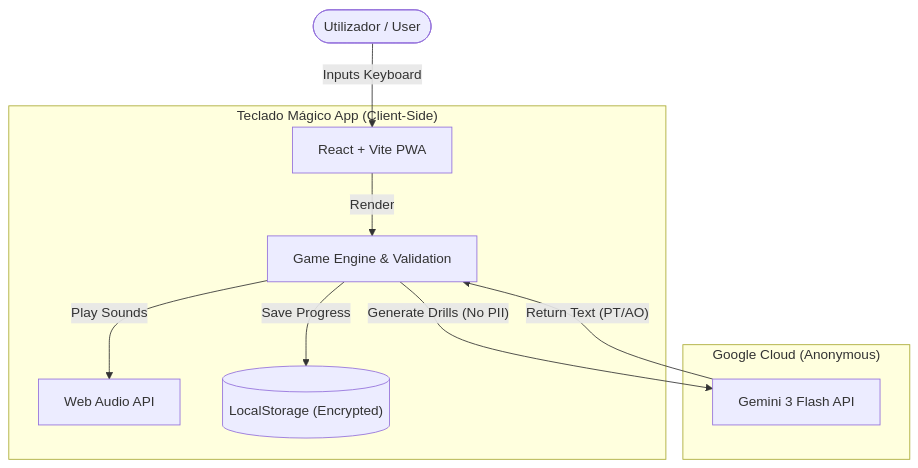
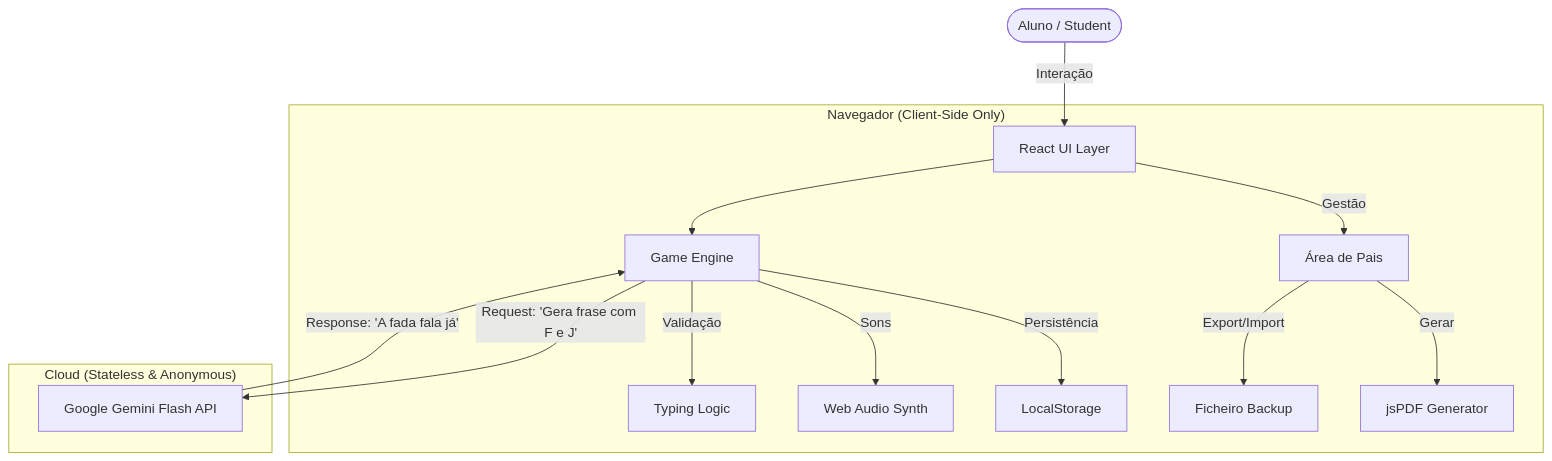
One commit to clrogon/MagicKeyboard changed the diagram in README.md. Above: the diagram before and after it, drawn with Mermaid. The commit also changed other lines of this file, not shown here.

````diff
--- a/README.md
+++ b/README.md
@@ -89,21 +79,20 @@
 ```mermaid
 graph TD
-    User([Utilizador / User]) -->|Inputs Keyboard| App
+    User([Aluno / Student]) -->|Interação| UI[React UI Layer]
     
-    subgraph "Teclado Mágico App (Client-Side)"
-        App["React + Vite PWA"]
-        Logic["Game Engine & Validation"]
-        Audio["Web Audio API"]
-        Store[("LocalStorage (Encrypted)")]
+    subgraph "Navegador (Client-Side Only)"
+        UI --> Engine[Game Engine]
+        Engine -->|Validação| Typist[Typing Logic]
+        Engine -->|Sons| Audio[Web Audio Synth]
+        Engine -->|Persistência| LocalStore[LocalStorage]
+        
+        UI -->|Gestão| ParentDash[Área de Pais]
+        ParentDash -->|Export/Import| JSON[Ficheiro Backup]
+        ParentDash -->|Gerar| PDF[jsPDF Generator]
     end
     
-    subgraph "Google Cloud (Anonymous)"
-        Gemini["Gemini 3 Flash API"]
+    subgraph "Cloud (Stateless & Anonymous)"
+        Engine -->|Request: 'Gera frase com F e J'| Gemini[Google Gemini Flash API]
+        Gemini -->|Response: 'A fada fala já'| Engine
     end
-
-    App -->|Render| Logic
-    Logic -->|"Generate Drills (No PII)"| Gemini
-    Gemini -->|"Return Text (PT/AO)"| Logic
-    Logic -->|Play Sounds| Audio
-    Logic -->|Save Progress| Store
 ```
````
